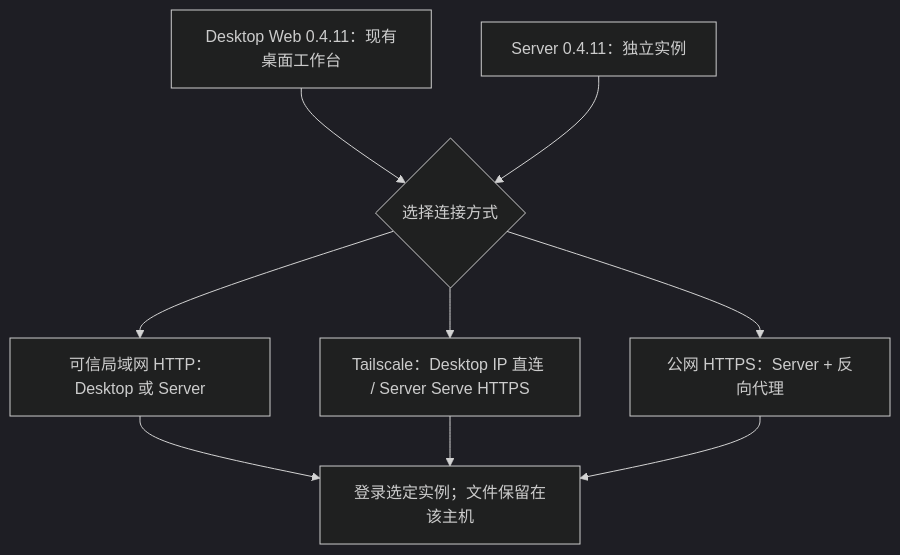
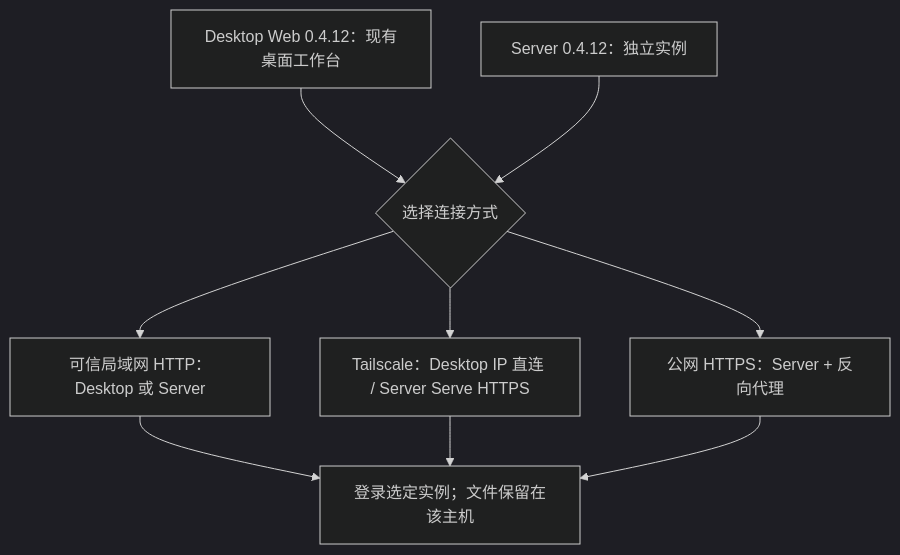
Before and after one commit to 123eyu/rovai-ai: the diagram in website/site/public/assets/diagrams/deployment-choice-zh.mmd, drawn with Mermaid (dark theme). The commit also changed 11 other files, not shown here.

```diff
--- a/website/site/public/assets/diagrams/deployment-choice-zh.mmd
+++ b/website/site/public/assets/diagrams/deployment-choice-zh.mmd
@@ -1,12 +1,12 @@
 flowchart TB
-  desktop["Desktop Web 0.4.11：现有桌面工作台"]
-  server["Server 0.4.11：独立实例"]
+  desktop["Desktop Web 0.4.12：现有桌面工作台"]
+  server["Server 0.4.12：独立实例"]
   choice{"选择连接方式"}
   desktop --> choice
   server --> choice
   choice --> lan["可信局域网 HTTP：Desktop 或 Server"]
   choice --> ts["Tailscale：Desktop IP 直连 / Server Serve HTTPS"]
   choice --> public["公网 HTTPS：Server + 反向代理"]
   lan --> login["登录选定实例；文件保留在该主机"]
   ts --> login
   public --> login
```
